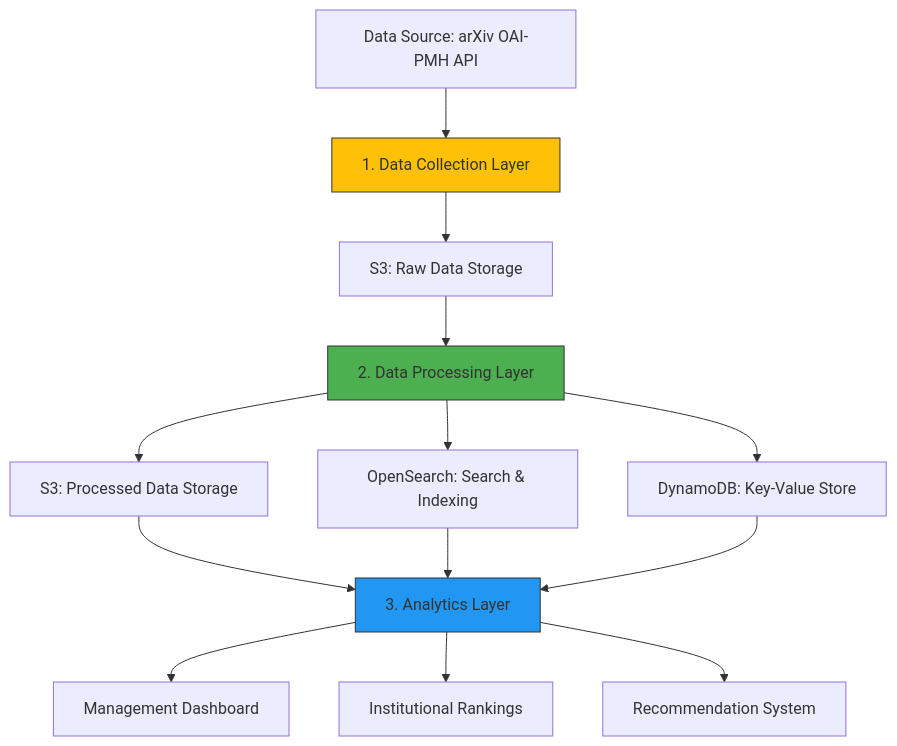
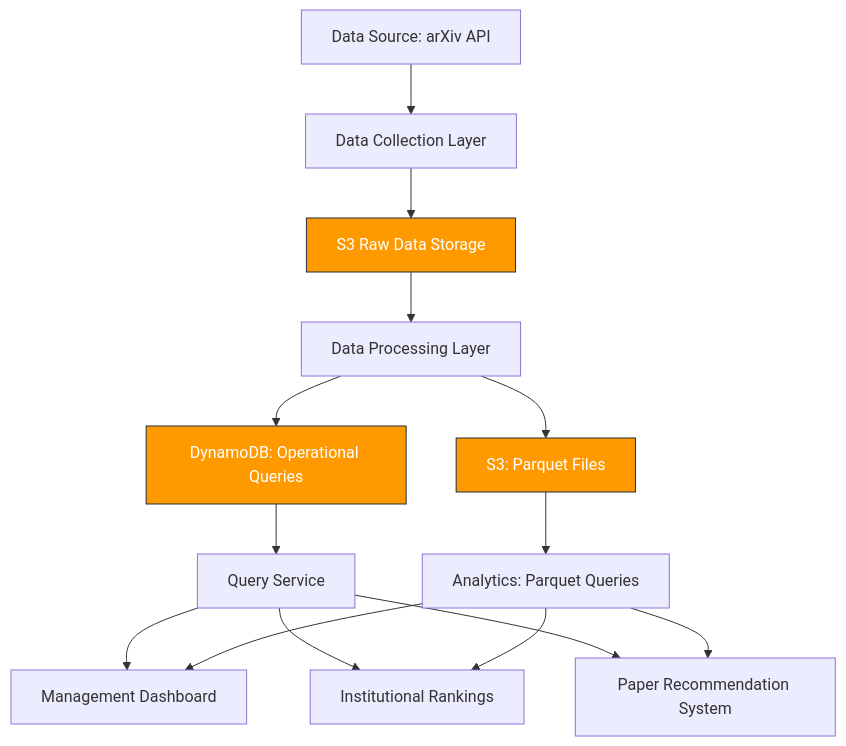
The diagram in README.md (CYFish/interview-hackmd-2025), drawn with Mermaid before and after one commit. The commit also changed other lines of this file, not shown here.

Commit message:
docs(README.md): refine system architecture description and enhance clarity on data processing, storage strategies, and query service; update terminology for consistency

````diff
--- a/README.md
+++ b/README.md
@@ -20,21 +20,21 @@
 ```mermaid
 graph TD
-    arXiv[Data Source: arXiv OAI-PMH API] --> C[1. Data Collection Layer]
-    C --> S3Raw[S3: Raw Data Storage]
-    S3Raw --> P[2. Data Processing Layer]
-    P --> S3Processed[S3: Processed Data Storage]
-    P --> OpenSearch[OpenSearch: Search & Indexing]
-    P --> DynamoDB[DynamoDB: Key-Value Store]
+    arXiv[Data Source: arXiv API] --> collector[Data Collection Layer]
+    collector --> S3Raw[S3 Raw Data Storage]
+    S3Raw --> processor[Data Processing Layer]
+    processor --> DynamoDB[DynamoDB: Operational Queries]
+    processor --> S3Processed[S3: Parquet Files]
 
-    S3Processed --> A[3. Analytics Layer]
-    OpenSearch --> A
-    DynamoDB --> A
+    DynamoDB --> query[Query Service]
+    S3Processed --> analytics[Analytics: Parquet Queries]
 
-    A --> Dashboard[Management Dashboard]
-    A --> Rankings[Institutional Rankings]
-    A --> Recommendations[Recommendation System]
+    query --> dashboard[Management Dashboard]
+    analytics --> dashboard
+    query --> rankings[Institutional Rankings]
+    analytics --> rankings
+    query --> recommendation[Paper Recommendation System]
+    analytics --> recommendation
 
-    style C fill:#FFC107,stroke:#333;
-    style P fill:#4CAF50,stroke:#333;
-    style A fill:#2196F3,stroke:#333;
+    classDef aws fill:#FF9900,stroke:#232F3E,color:white;
+    class S3Raw,S3Processed,DynamoDB aws;
 ```
````
